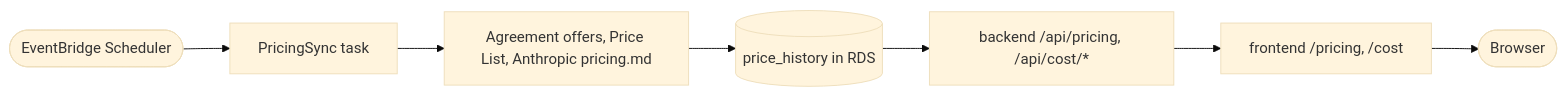
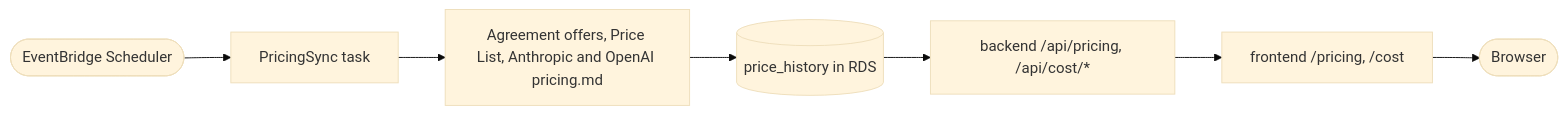
One commit to whchoi98/model-monitoring changed the fourth of 8 diagrams in docs/architecture.md. Above: the diagram before and after it, drawn with Mermaid (base theme). The commit also changed other lines of this file and 12 other files, not shown here.

Commit message:
docs: v2.31.0 unit prices — caching, long context, OpenAI official price

````diff
--- a/docs/architecture.md
+++ b/docs/architecture.md
@@ -116,4 +117,4 @@
 ```mermaid
 flowchart LR
-  A([EventBridge Scheduler]) --> B[PricingSync task] --> C["Agreement offers, Price List, Anthropic pricing.md"] --> D[(price_history in RDS)] --> E["backend /api/pricing, /api/cost/*"] --> F["frontend /pricing, /cost"] --> G([Browser])
+  A([EventBridge Scheduler]) --> B[PricingSync task] --> C["Agreement offers, Price List, Anthropic and OpenAI pricing.md"] --> D[(price_history in RDS)] --> E["backend /api/pricing, /api/cost/*"] --> F["frontend /pricing, /cost"] --> G([Browser])
 ```
````
